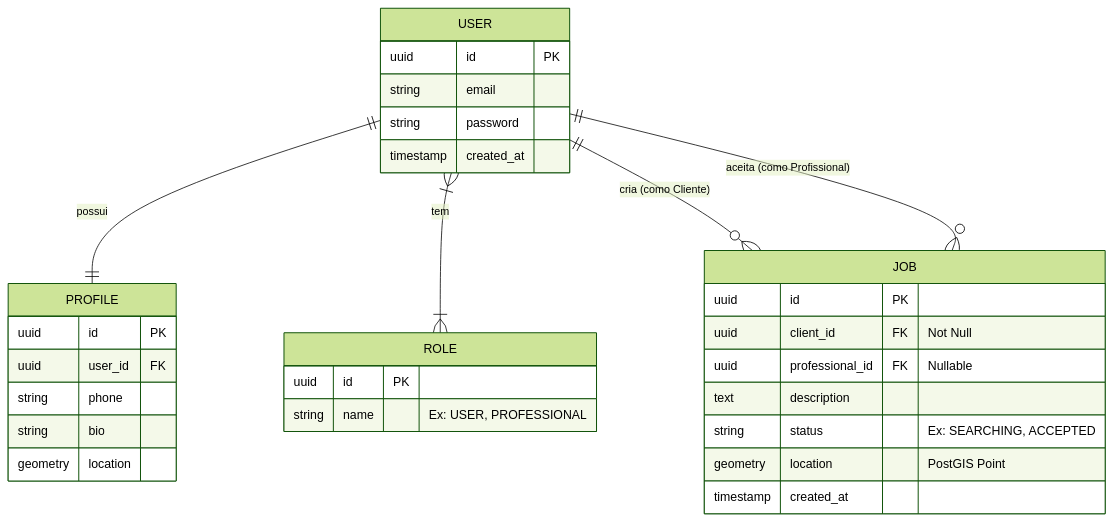
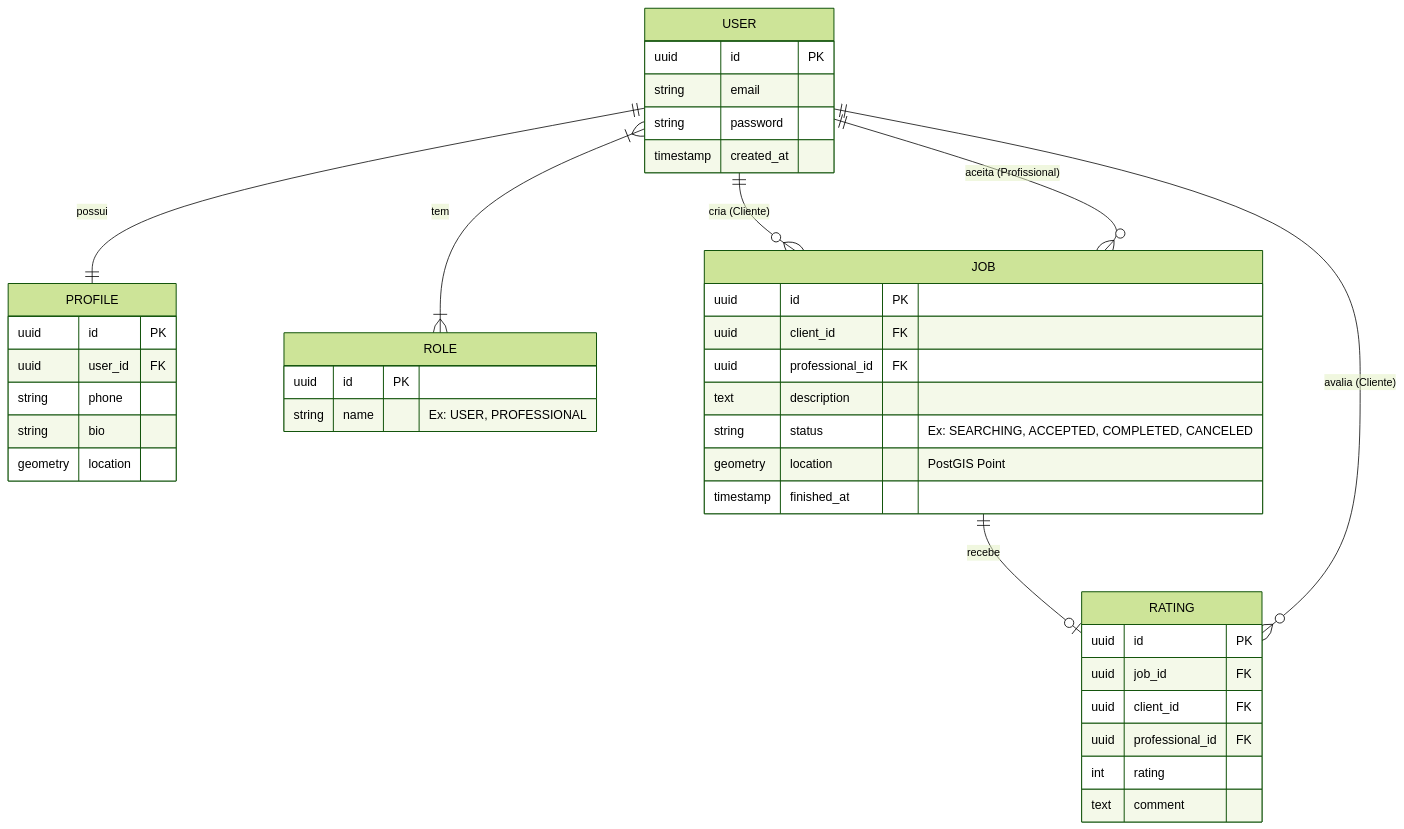
The diagram in docs/documento_visao.md (LuizFelixDev/iservice-api), drawn with Mermaid (forest theme) before and after one commit. The commit also changed other lines of this file, not shown here.

````diff
--- a/docs/documento_visao.md
+++ b/docs/documento_visao.md
@@ -82,34 +72,44 @@
 ```mermaid
 erDiagram
     USER {
         uuid id PK
         string email
         string password
         timestamp created_at
     }
     PROFILE {
         uuid id PK
         uuid user_id FK
         string phone
         string bio
         geometry location
     }
     ROLE {
         uuid id PK
         string name "Ex: USER, PROFESSIONAL"
     }
     JOB {
         uuid id PK
-        uuid client_id FK "Not Null"
-        uuid professional_id FK "Nullable"
+        uuid client_id FK 
+        uuid professional_id FK 
         text description
-        string status "Ex: SEARCHING, ACCEPTED"
+        string status "Ex: SEARCHING, ACCEPTED, COMPLETED, CANCELED"
         geometry location "PostGIS Point"
-        timestamp created_at
+        timestamp finished_at
+    }
+    RATING {
+        uuid id PK
+        uuid job_id FK
+        uuid client_id FK
+        uuid professional_id FK
+        int rating
+        text comment
     }
 
     USER ||--|| PROFILE : "possui"
     USER }|--|{ ROLE : "tem"
-    USER ||--o{ JOB : "cria (como Cliente)"
-    USER ||--o{ JOB : "aceita (como Profissional)"
+    USER ||--o{ JOB : "cria (Cliente)"
+    USER ||--o{ JOB : "aceita (Profissional)"
+    JOB ||--o| RATING : "recebe"
+    USER ||--o{ RATING : "avalia (Cliente)"
 ```
````
